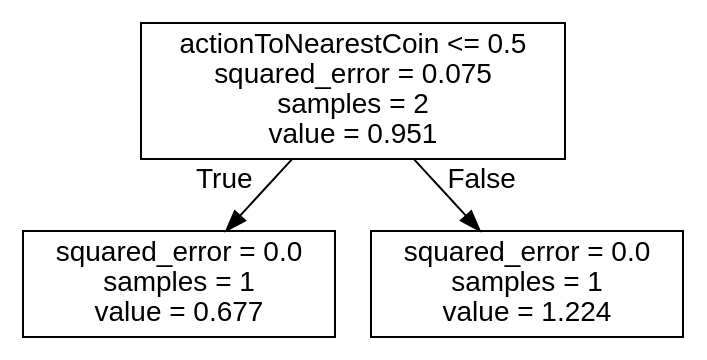
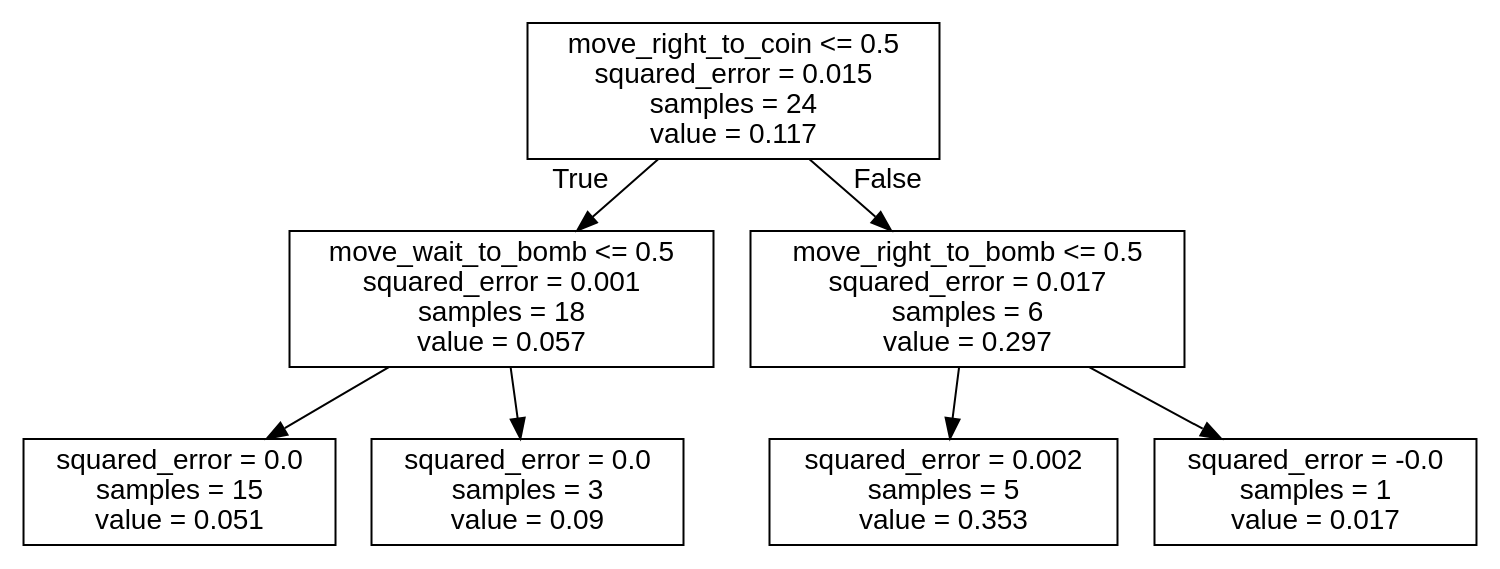
One commit to J-Gann/FML changed the diagram in bomberman_rl/agent_code/my_agent/trees/RIGHT.dot. Above: the diagram before and after it, drawn with Graphviz. The commit also changed 13 other files, not shown here.

```diff
--- a/bomberman_rl/agent_code/my_agent/trees/RIGHT.dot
+++ b/bomberman_rl/agent_code/my_agent/trees/RIGHT.dot
@@ -1,9 +1,17 @@
 digraph Tree {
 node [shape=box, fontname="helvetica"] ;
 edge [fontname="helvetica"] ;
-0 [label="actionToNearestCoin <= 0.5\nsquared_error = 0.075\nsamples = 2\nvalue = 0.951"] ;
-1 [label="squared_error = 0.0\nsamples = 1\nvalue = 0.677"] ;
+0 [label="move_right_to_coin <= 0.5\nsquared_error = 0.015\nsamples = 24\nvalue = 0.117"] ;
+1 [label="move_wait_to_bomb <= 0.5\nsquared_error = 0.001\nsamples = 18\nvalue = 0.057"] ;
 0 -> 1 [labeldistance=2.5, labelangle=45, headlabel="True"] ;
-2 [label="squared_error = 0.0\nsamples = 1\nvalue = 1.224"] ;
-0 -> 2 [labeldistance=2.5, labelangle=-45, headlabel="False"] ;
+2 [label="squared_error = 0.0\nsamples = 15\nvalue = 0.051"] ;
+1 -> 2 ;
+3 [label="squared_error = 0.0\nsamples = 3\nvalue = 0.09"] ;
+1 -> 3 ;
+4 [label="move_right_to_bomb <= 0.5\nsquared_error = 0.017\nsamples = 6\nvalue = 0.297"] ;
+0 -> 4 [labeldistance=2.5, labelangle=-45, headlabel="False"] ;
+5 [label="squared_error = 0.002\nsamples = 5\nvalue = 0.353"] ;
+4 -> 5 ;
+6 [label="squared_error = -0.0\nsamples = 1\nvalue = 0.017"] ;
+4 -> 6 ;
 }
```
